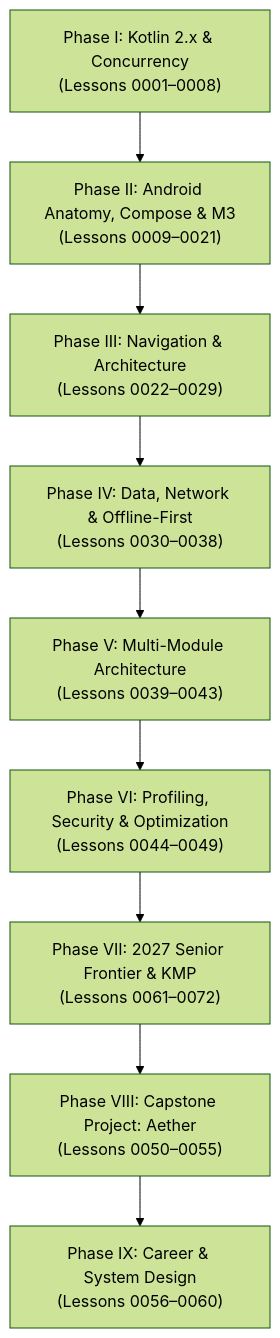
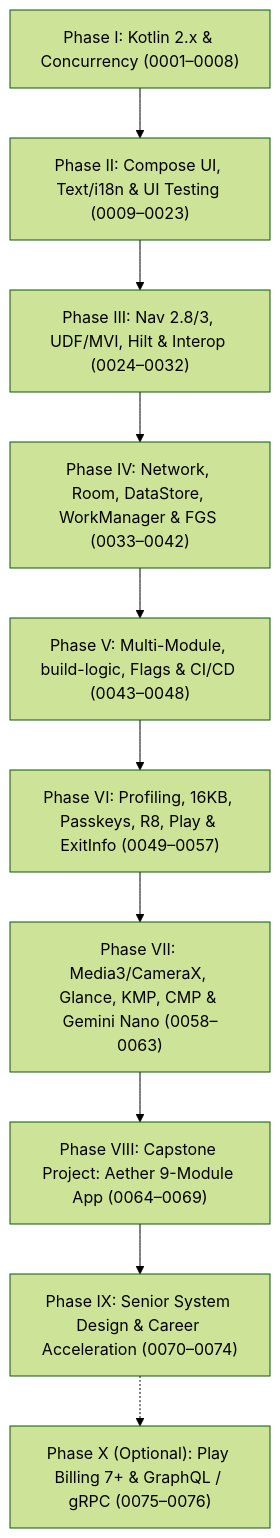
One commit to TimLiu-Dev/Learn changed the diagram in Android/MASTER_PLAN.md. Above: the diagram before and after it, drawn with Mermaid (forest theme). The commit also changed other lines of this file and 2402 other files, not shown here.

````diff
--- a/Android/MASTER_PLAN.md
+++ b/Android/MASTER_PLAN.md
@@ -46,11 +17,12 @@
 ```mermaid
 flowchart TD
-    P1["Phase I: Kotlin 2.x & Concurrency<br/>(Lessons 0001–0008)"] --> P2["Phase II: Android Anatomy, Compose & M3<br/>(Lessons 0009–0021)"]
-    P2 --> P3["Phase III: Navigation & Architecture<br/>(Lessons 0022–0029)"]
-    P3 --> P4["Phase IV: Data, Network & Offline-First<br/>(Lessons 0030–0038)"]
-    P4 --> P5["Phase V: Multi-Module Architecture<br/>(Lessons 0039–0043)"]
-    P5 --> P6["Phase VI: Profiling, Security & Optimization<br/>(Lessons 0044–0049)"]
-    P6 --> P9["Phase VII: 2027 Senior Frontier & KMP<br/>(Lessons 0061–0072)"]
-    P9 --> P7["Phase VIII: Capstone Project: Aether<br/>(Lessons 0050–0055)"]
-    P7 --> P8["Phase IX: Career & System Design<br/>(Lessons 0056–0060)"]
+    P1["Phase I: Kotlin 2.x & Concurrency (0001–0008)"] --> P2["Phase II: Compose UI, Text/i18n & UI Testing (0009–0023)"]
+    P2 --> P3["Phase III: Nav 2.8/3, UDF/MVI, Hilt & Interop (0024–0032)"]
+    P3 --> P4["Phase IV: Network, Room, DataStore, WorkManager & FGS (0033–0042)"]
+    P4 --> P5["Phase V: Multi-Module, build-logic, Flags & CI/CD (0043–0048)"]
+    P5 --> P6["Phase VI: Profiling, 16KB, Passkeys, R8, Play & ExitInfo (0049–0057)"]
+    P6 --> P7["Phase VII: Media3/CameraX, Glance, KMP, CMP & Gemini Nano (0058–0063)"]
+    P7 --> P8["Phase VIII: Capstone Project: Aether 9-Module App (0064–0069)"]
+    P8 --> P9["Phase IX: Senior System Design & Career Acceleration (0070–0074)"]
+    P9 -.-> P10["Phase X (Optional): Play Billing 7+ & GraphQL / gRPC (0075–0076)"]
 ```
````
